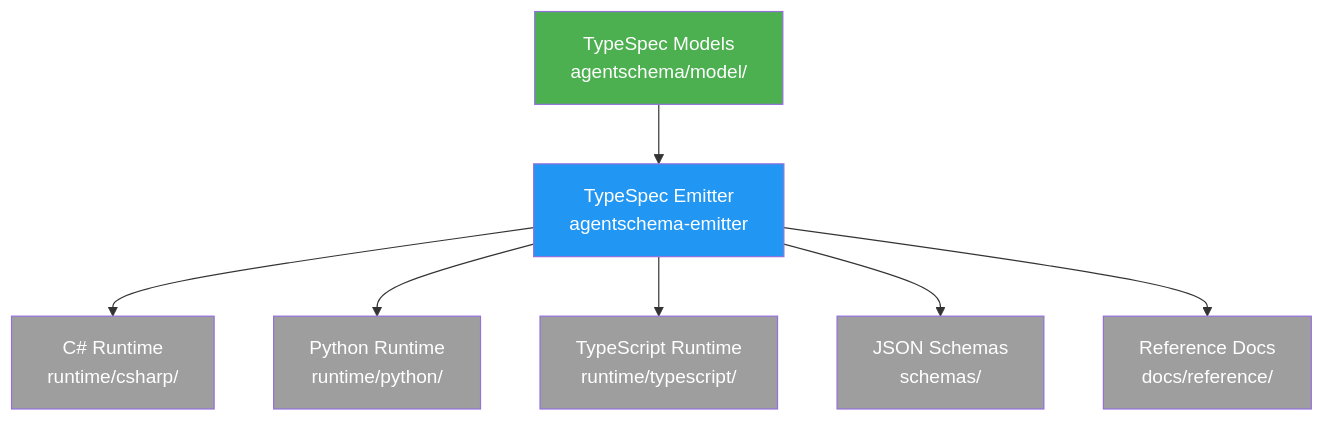
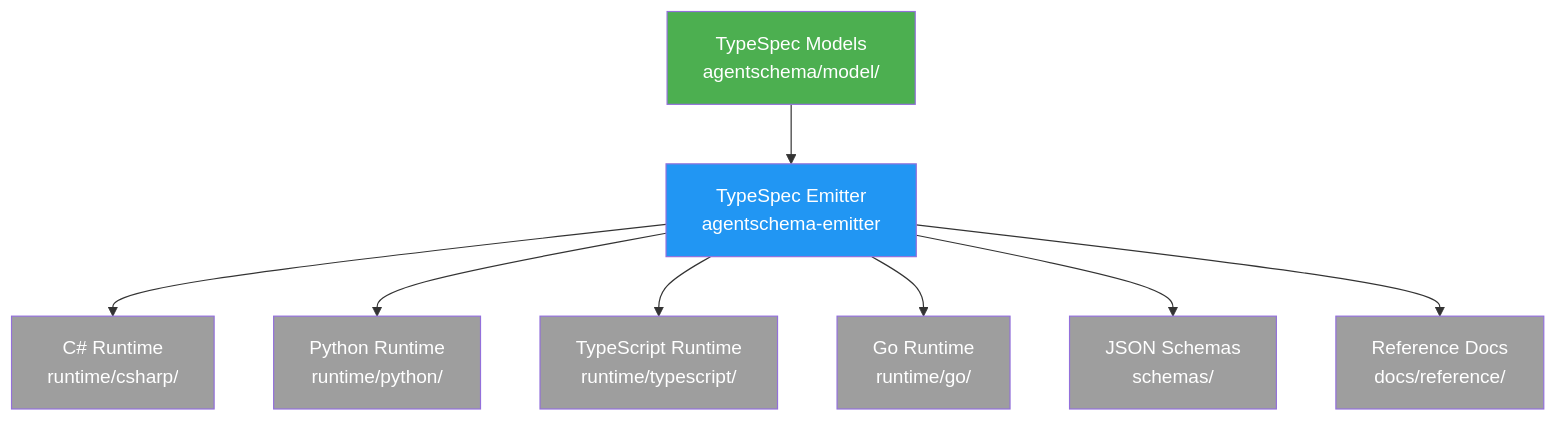
Before and after one commit to microsoft/AgentSchema: the diagram in docs/src/content/docs/contributing/index.mdx, drawn with Mermaid. The commit also changed other lines of this file and 2 other files, not shown here.

````diff
--- a/docs/src/content/docs/contributing/index.mdx
+++ b/docs/src/content/docs/contributing/index.mdx
@@ -20,17 +20,19 @@
 ```mermaid
 flowchart TD
     A[TypeSpec Models<br/>agentschema/model/] --> B[TypeSpec Emitter<br/>agentschema-emitter]
     B --> C[C# Runtime<br/>runtime/csharp/]
     B --> D[Python Runtime<br/>runtime/python/]
     B --> E[TypeScript Runtime<br/>runtime/typescript/]
+    B --> H[Go Runtime<br/>runtime/go/]
     B --> F[JSON Schemas<br/>schemas/]
     B --> G[Reference Docs<br/>docs/reference/]
     
     style A fill:#4CAF50,color:#fff
     style B fill:#2196F3,color:#fff
     style C fill:#9E9E9E,color:#fff
     style D fill:#9E9E9E,color:#fff
     style E fill:#9E9E9E,color:#fff
+    style H fill:#9E9E9E,color:#fff
     style F fill:#9E9E9E,color:#fff
     style G fill:#9E9E9E,color:#fff
 ```
````
